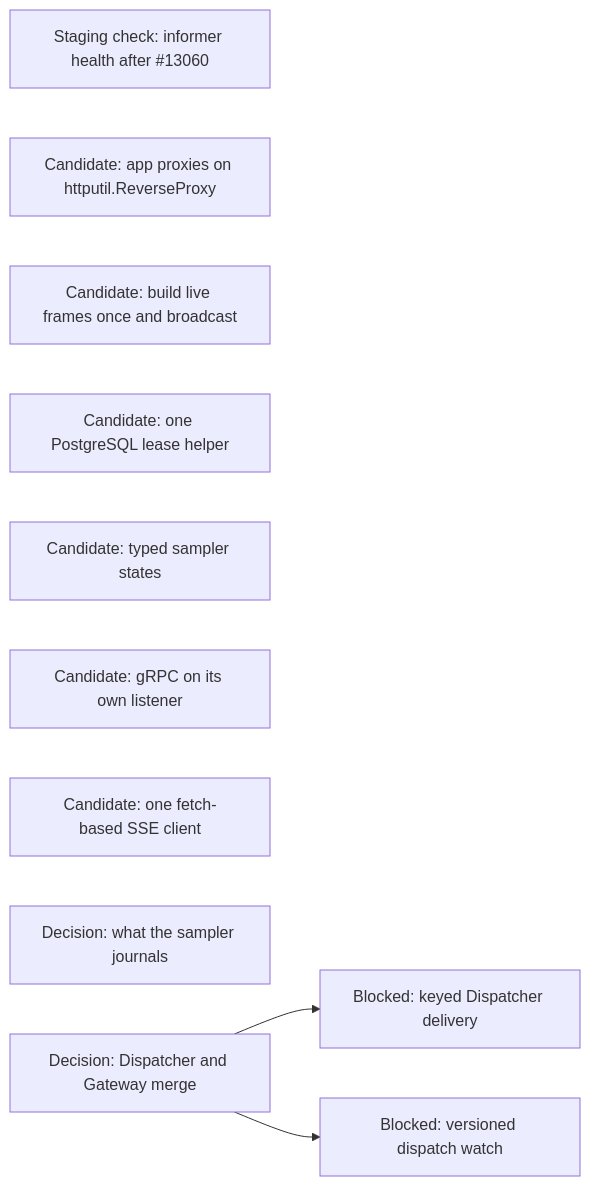
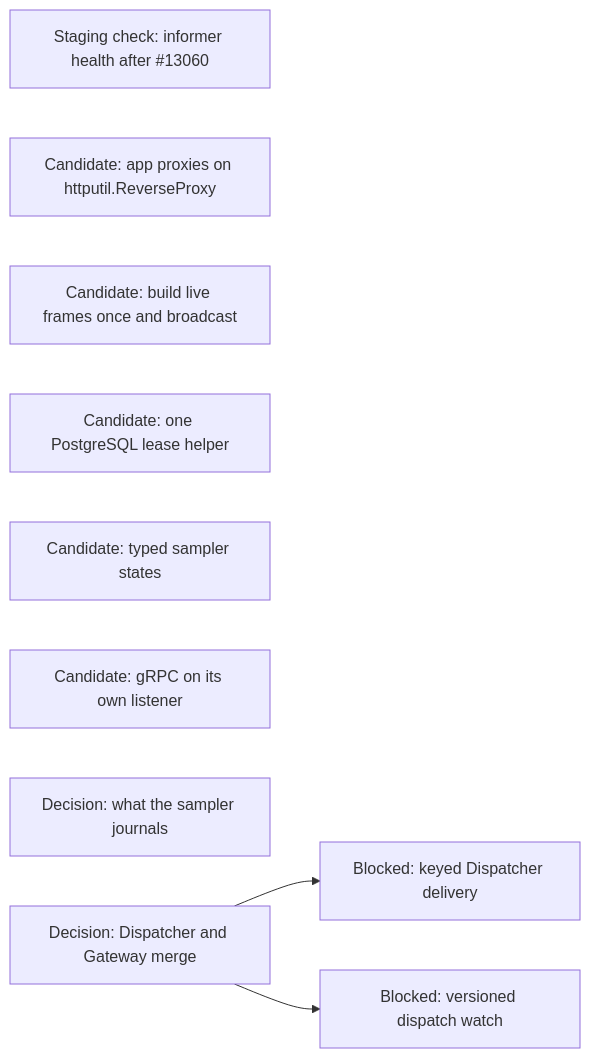
Diagram 18 of 18 in agentplane/plans/task_dag.md (agentydragon/ducktape), drawn with Mermaid before and after one commit. The commit also changed other lines of this file and 40 other files, not shown here.

````diff
--- a/agentplane/plans/task_dag.md
+++ b/agentplane/plans/task_dag.md
@@ -1869,13 +1869,12 @@
 ```mermaid
 flowchart LR
     KUBERNETES_NATIVE_WATCH_HEALTH[Staging check: informer health after #13060]
     APP_PROXY_REVERSE_PROXY[Candidate: app proxies on httputil.ReverseProxy]
     APP_LIVE_FRAME_BROADCAST[Candidate: build live frames once and broadcast]
     POSTGRES_LEASE_HELPER[Candidate: one PostgreSQL lease helper]
     SAMPLER_TYPED_STATE[Candidate: typed sampler states]
     GRPC_NATIVE_LISTENER[Candidate: gRPC on its own listener]
-    FRONTEND_SSE_CLIENT[Candidate: one fetch-based SSE client]
     SAMPLER_JOURNAL_DIET[Decision: what the sampler journals]
     DISPATCHER_PERSISTENCE_MODEL_DESIGN[Decision: Dispatcher and Gateway merge] --> DISPATCHER_KEYED_DELIVERY[Blocked: keyed Dispatcher delivery]
     DISPATCHER_PERSISTENCE_MODEL_DESIGN --> DISPATCHER_WATCH_VERSIONS[Blocked: versioned dispatch watch]
 ```
````
